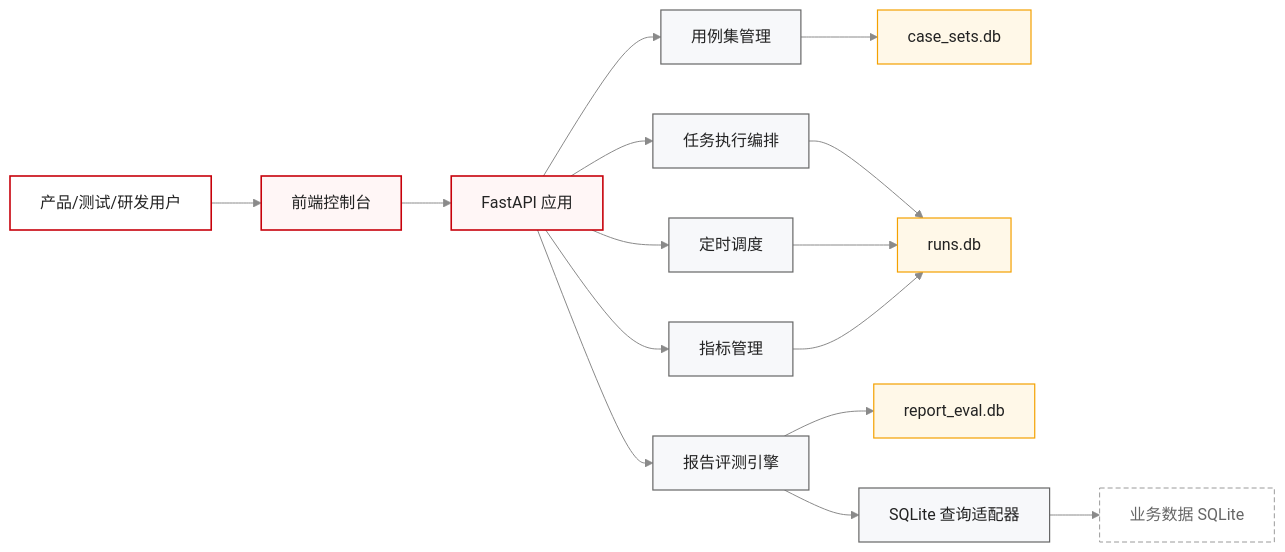
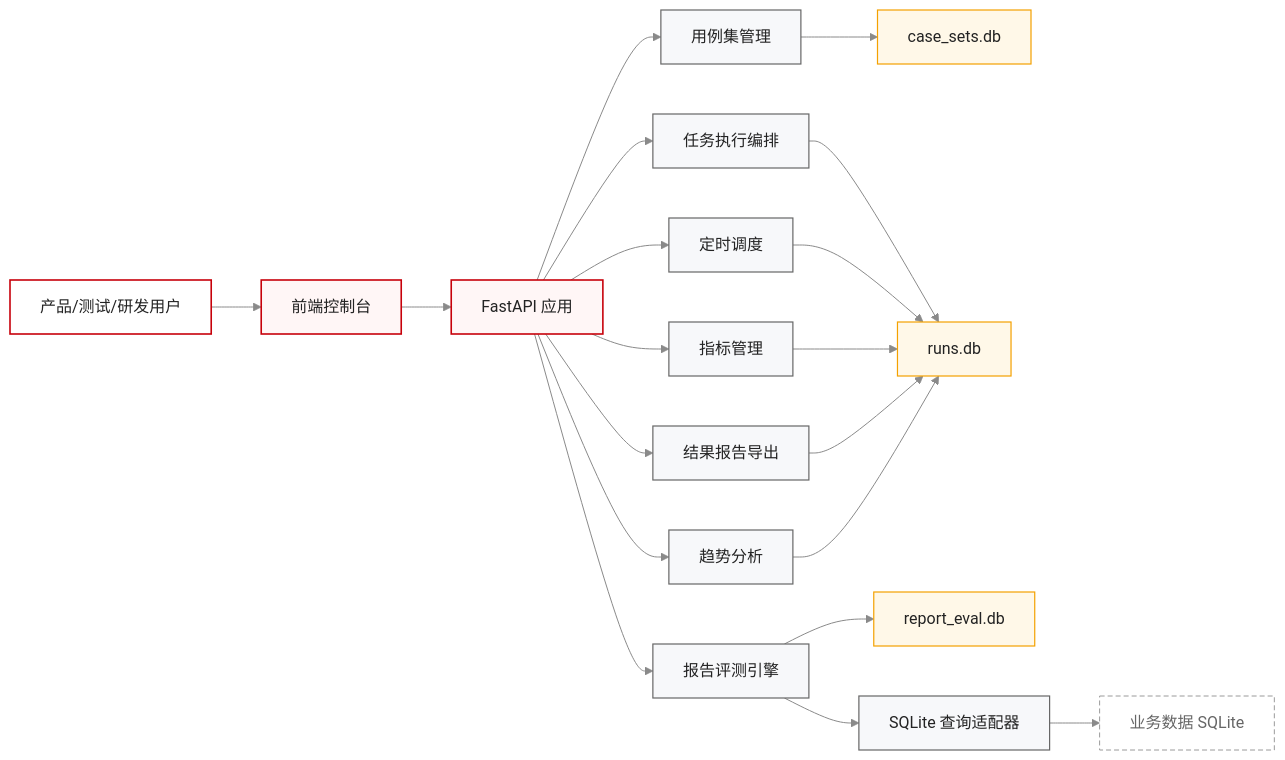
Before and after one commit to shel447/ChatBIBenchmark: the first of 9 diagrams in docs/architecture/01-overall-architecture.md, drawn with Mermaid. The commit also changed other lines of this file and 17 other files, not shown here.

Commit message:
feat: add task report export and trend analytics

````diff
--- a/docs/architecture/01-overall-architecture.md
+++ b/docs/architecture/01-overall-architecture.md
@@ -38,26 +41,30 @@
 ```mermaid
 %%{init: {"theme":"base","themeVariables":{"fontFamily":"Microsoft YaHei, Arial","primaryColor":"#FFF6F6","primaryTextColor":"#232323","primaryBorderColor":"#C7000A","lineColor":"#8A8A8A","secondaryColor":"#F7F8FA","tertiaryColor":"#FFF4E5"}}}%%
 flowchart LR
     classDef actor fill:#FFFFFF,stroke:#C7000A,stroke-width:1.6px,color:#232323;
     classDef system fill:#FFF6F6,stroke:#C7000A,stroke-width:1.6px,color:#232323;
     classDef module fill:#F7F8FA,stroke:#666666,stroke-width:1.2px,color:#232323;
     classDef data fill:#FFF8E8,stroke:#F4A100,stroke-width:1.2px,color:#232323;
     classDef ext fill:#FFFFFF,stroke:#9A9A9A,stroke-dasharray: 5 3,color:#666666;
 
     User["产品/测试/研发用户"]:::actor --> FE["前端控制台"]:::system
     FE --> API["FastAPI 应用"]:::system
 
     API --> Case["用例集管理"]:::module
     API --> Task["任务执行编排"]:::module
     API --> Sched["定时调度"]:::module
     API --> Metric["指标管理"]:::module
+    API --> Export["结果报告导出"]:::module
+    API --> Trend["趋势分析"]:::module
     API --> Report["报告评测引擎"]:::module
 
     Case --> CaseDB["case_sets.db"]:::data
     Task --> RunDB["runs.db"]:::data
     Sched --> RunDB
     Metric --> RunDB
+    Export --> RunDB
+    Trend --> RunDB
     Report --> ReportDB["report_eval.db"]:::data
     Report --> QueryAdapter["SQLite 查询适配器"]:::module
     QueryAdapter --> EvalData["业务数据 SQLite"]:::ext
 ```
````
